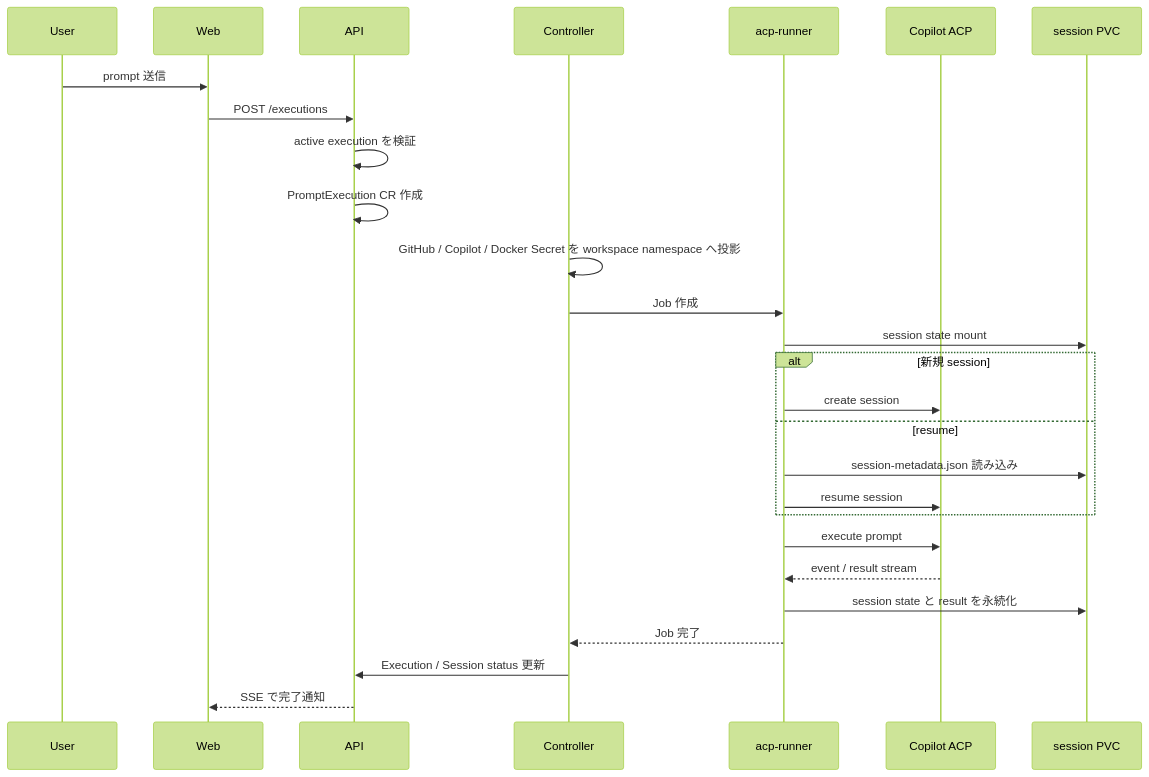
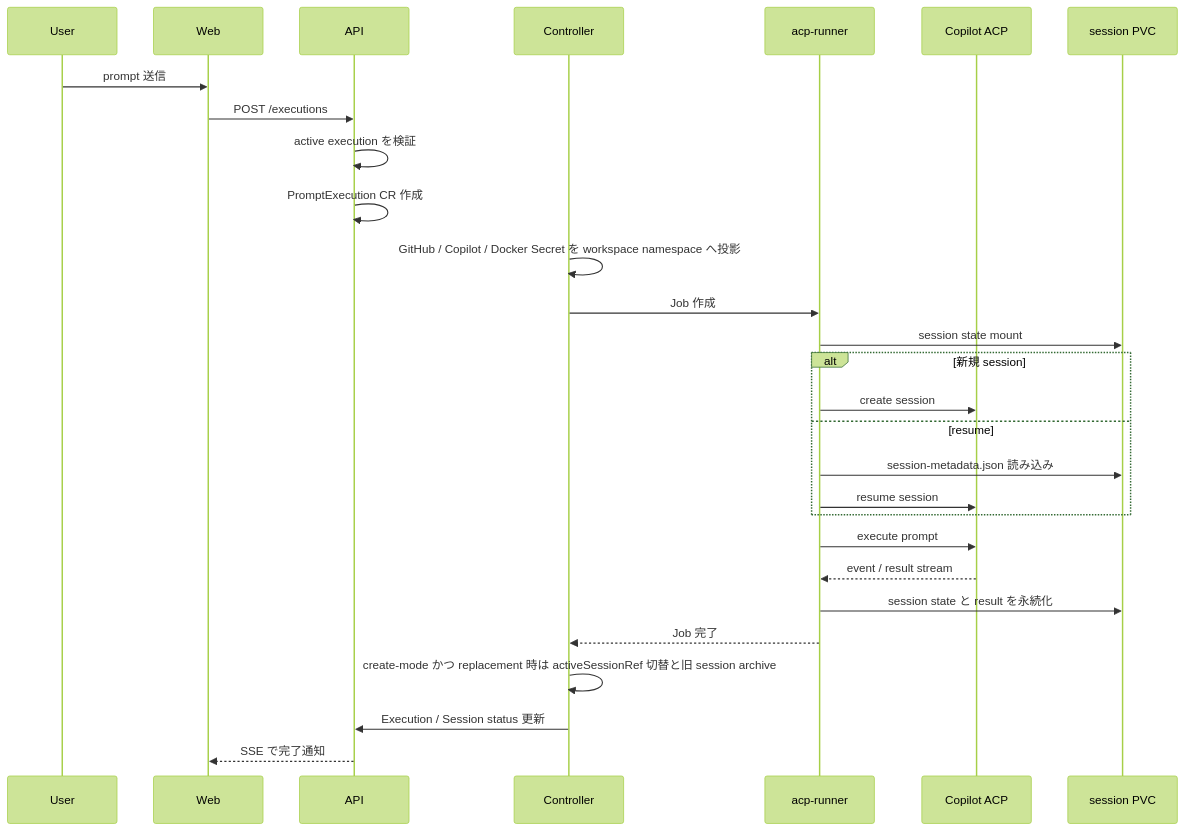
One commit to chalharu/copilot-sandbox-container changed the sixth of 9 diagrams in docs/reference/orchestrator-basic-design.md. Above: the diagram before and after it, drawn with Mermaid (forest theme). The commit also changed other lines of this file and 2 other files, not shown here.

````diff
--- a/docs/reference/orchestrator-basic-design.md
+++ b/docs/reference/orchestrator-basic-design.md
@@ -483,30 +497,31 @@
 ```mermaid
 sequenceDiagram
   participant U as User
   participant W as Web
   participant A as API
   participant C as Controller
   participant R as acp-runner
   participant P as Copilot ACP
   participant S as session PVC
 
   U->>W: prompt 送信
   W->>A: POST /executions
   A->>A: active execution を検証
   A->>A: PromptExecution CR 作成
   C->>C: GitHub / Copilot / Docker Secret を workspace namespace へ投影
   C->>R: Job 作成
   R->>S: session state mount
   alt 新規 session
     R->>P: create session
   else resume
     R->>S: session-metadata.json 読み込み
     R->>P: resume session
   end
   R->>P: execute prompt
   P-->>R: event / result stream
   R->>S: session state と result を永続化
   R-->>C: Job 完了
+  C->>C: create-mode かつ replacement 時は activeSessionRef 切替と旧 session archive
   C->>A: Execution / Session status 更新
   A-->>W: SSE で完了通知
 ```
````
